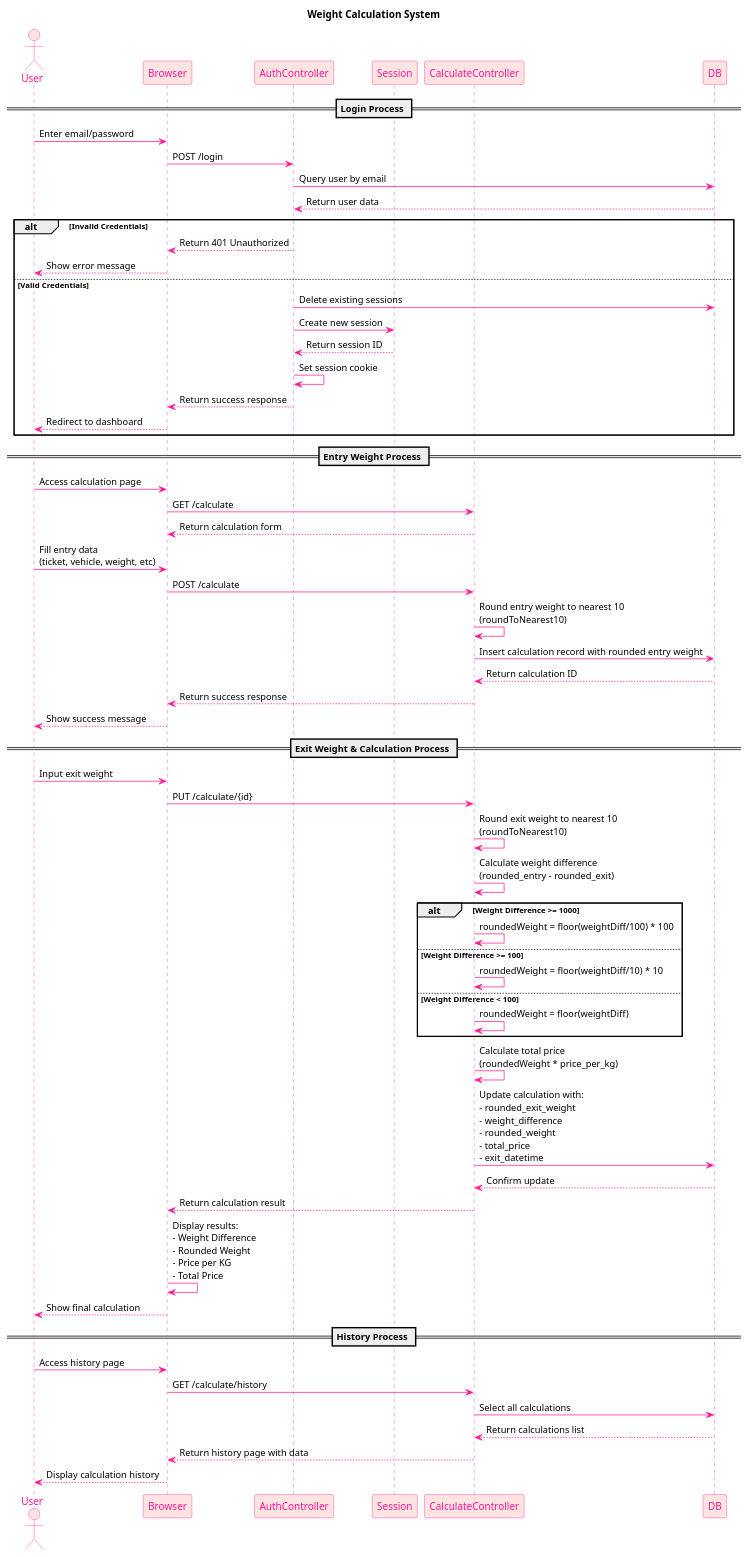
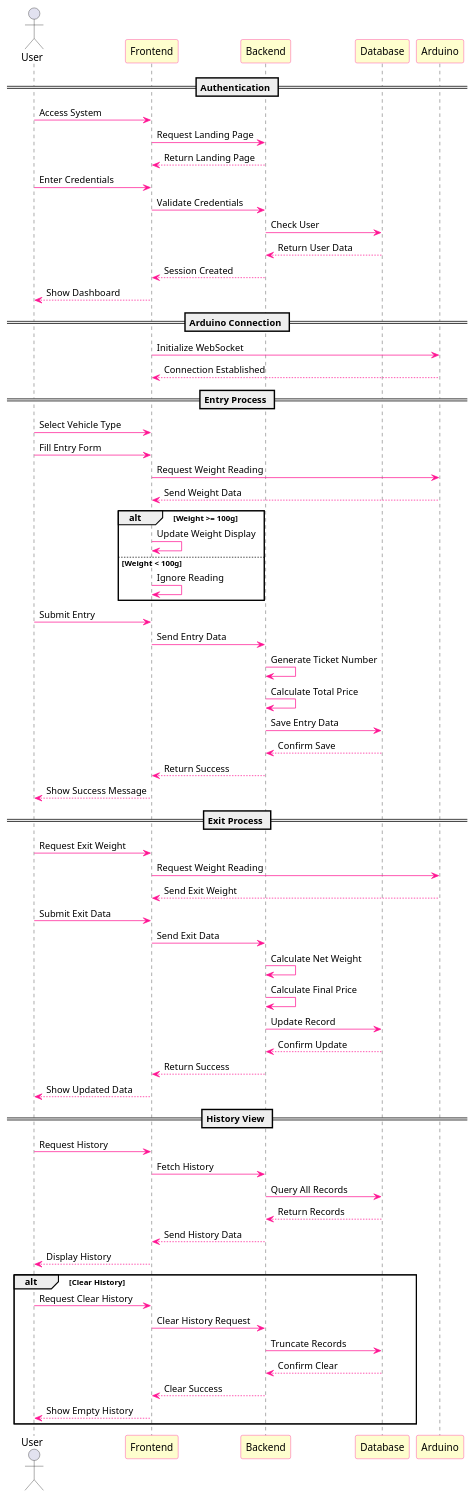
One commit to MasRama/dan-weight changed the diagram in diagram/sequence-diagram.puml. Above: the diagram before and after it, drawn with PlantUML. The commit also changed 4 other files, not shown here.

```diff
--- a/diagram/sequence-diagram.puml
+++ b/diagram/sequence-diagram.puml
@@ -1,98 +1,80 @@
 @startuml
 
 skinparam sequence {
+    ParticipantBackgroundColor #FEFECE
+    ParticipantBorderColor DeepPink
     ArrowColor DeepPink
-    ActorBorderColor DeepPink
-    LifeLineBorderColor DeepPink
-    LifeLineBackgroundColor #ffe4e1
-    
-    ParticipantBorderColor DeepPink
-    ParticipantBackgroundColor #ffe4e1
-    ParticipantFontColor DeepPink
-    
-    ActorBackgroundColor #ffe4e1
-    ActorFontColor DeepPink
 }
 
-title Weight Calculation System
+actor User
+participant "Frontend" as FE
+participant "Backend" as BE
+participant "Database" as DB
+participant "Arduino" as ARD
 
-actor User
-participant Browser
-participant AuthController
-participant Session
-participant CalculateController
-participant DB
+== Authentication ==
+User -> FE: Access System
+FE -> BE: Request Landing Page
+BE --> FE: Return Landing Page
+User -> FE: Enter Credentials
+FE -> BE: Validate Credentials
+BE -> DB: Check User
+DB --> BE: Return User Data
+BE --> FE: Session Created
+FE --> User: Show Dashboard
 
-== Login Process ==
+== Arduino Connection ==
+FE -> ARD: Initialize WebSocket
+ARD --> FE: Connection Established
 
-User -> Browser: Enter email/password
-Browser -> AuthController: POST /login
-
-AuthController -> DB: Query user by email
-DB --> AuthController: Return user data
-
-alt Invalid Credentials
-    AuthController --> Browser: Return 401 Unauthorized
-    Browser --> User: Show error message
-else Valid Credentials
-    AuthController -> DB: Delete existing sessions
-    AuthController -> Session: Create new session
-    Session --> AuthController: Return session ID
-    AuthController -> AuthController: Set session cookie
-    AuthController --> Browser: Return success response
-    Browser --> User: Redirect to dashboard
+== Entry Process ==
+User -> FE: Select Vehicle Type
+User -> FE: Fill Entry Form
+FE -> ARD: Request Weight Reading
+ARD --> FE: Send Weight Data
+alt Weight >= 100g
+    FE -> FE: Update Weight Display
+else Weight < 100g
+    FE -> FE: Ignore Reading
 end
 
-== Entry Weight Process ==
+User -> FE: Submit Entry
+FE -> BE: Send Entry Data
+BE -> BE: Generate Ticket Number
+BE -> BE: Calculate Total Price
+BE -> DB: Save Entry Data
+DB --> BE: Confirm Save
+BE --> FE: Return Success
+FE --> User: Show Success Message
 
-User -> Browser: Access calculation page
-Browser -> CalculateController: GET /calculate
-CalculateController --> Browser: Return calculation form
+== Exit Process ==
+User -> FE: Request Exit Weight
+FE -> ARD: Request Weight Reading
+ARD --> FE: Send Exit Weight
+User -> FE: Submit Exit Data
+FE -> BE: Send Exit Data
+BE -> BE: Calculate Net Weight
+BE -> BE: Calculate Final Price
+BE -> DB: Update Record
+DB --> BE: Confirm Update
+BE --> FE: Return Success
+FE --> User: Show Updated Data
 
-User -> Browser: Fill entry data\n(ticket, vehicle, weight, etc)
-Browser -> CalculateController: POST /calculate
+== History View ==
+User -> FE: Request History
+FE -> BE: Fetch History
+BE -> DB: Query All Records
+DB --> BE: Return Records
+BE --> FE: Send History Data
+FE --> User: Display History
 
-CalculateController -> CalculateController: Round entry weight to nearest 10\n(roundToNearest10)
-
-CalculateController -> DB: Insert calculation record with rounded entry weight
-DB --> CalculateController: Return calculation ID
-CalculateController --> Browser: Return success response
-Browser --> User: Show success message
-
-== Exit Weight & Calculation Process ==
-
-User -> Browser: Input exit weight
-Browser -> CalculateController: PUT /calculate/{id}
-
-CalculateController -> CalculateController: Round exit weight to nearest 10\n(roundToNearest10)
-CalculateController -> CalculateController: Calculate weight difference\n(rounded_entry - rounded_exit)
-
-alt Weight Difference >= 1000
-    CalculateController -> CalculateController: roundedWeight = floor(weightDiff/100) * 100
-else Weight Difference >= 100
-    CalculateController -> CalculateController: roundedWeight = floor(weightDiff/10) * 10
-else Weight Difference < 100
-    CalculateController -> CalculateController: roundedWeight = floor(weightDiff)
+alt Clear History
+    User -> FE: Request Clear History
+    FE -> BE: Clear History Request
+    BE -> DB: Truncate Records
+    DB --> BE: Confirm Clear
+    BE --> FE: Clear Success
+    FE --> User: Show Empty History
 end
 
-CalculateController -> CalculateController: Calculate total price\n(roundedWeight * price_per_kg)
-
-CalculateController -> DB: Update calculation with:\n- rounded_exit_weight\n- weight_difference\n- rounded_weight\n- total_price\n- exit_datetime
-DB --> CalculateController: Confirm update
-
-CalculateController --> Browser: Return calculation result
-Browser -> Browser: Display results:\n- Weight Difference\n- Rounded Weight\n- Price per KG\n- Total Price
-Browser --> User: Show final calculation
-
-== History Process ==
-
-User -> Browser: Access history page
-Browser -> CalculateController: GET /calculate/history
-
-CalculateController -> DB: Select all calculations
-DB --> CalculateController: Return calculations list
-
-CalculateController --> Browser: Return history page with data
-Browser --> User: Display calculation history
-
 @enduml
```
